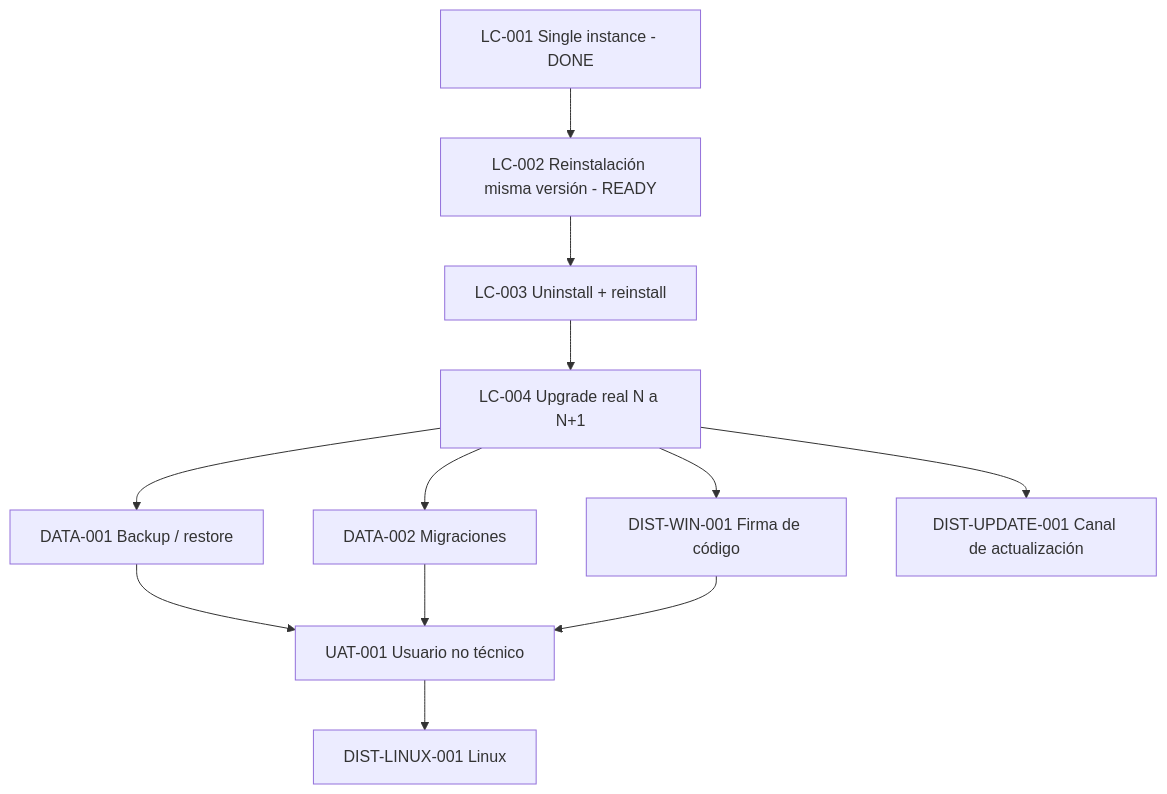
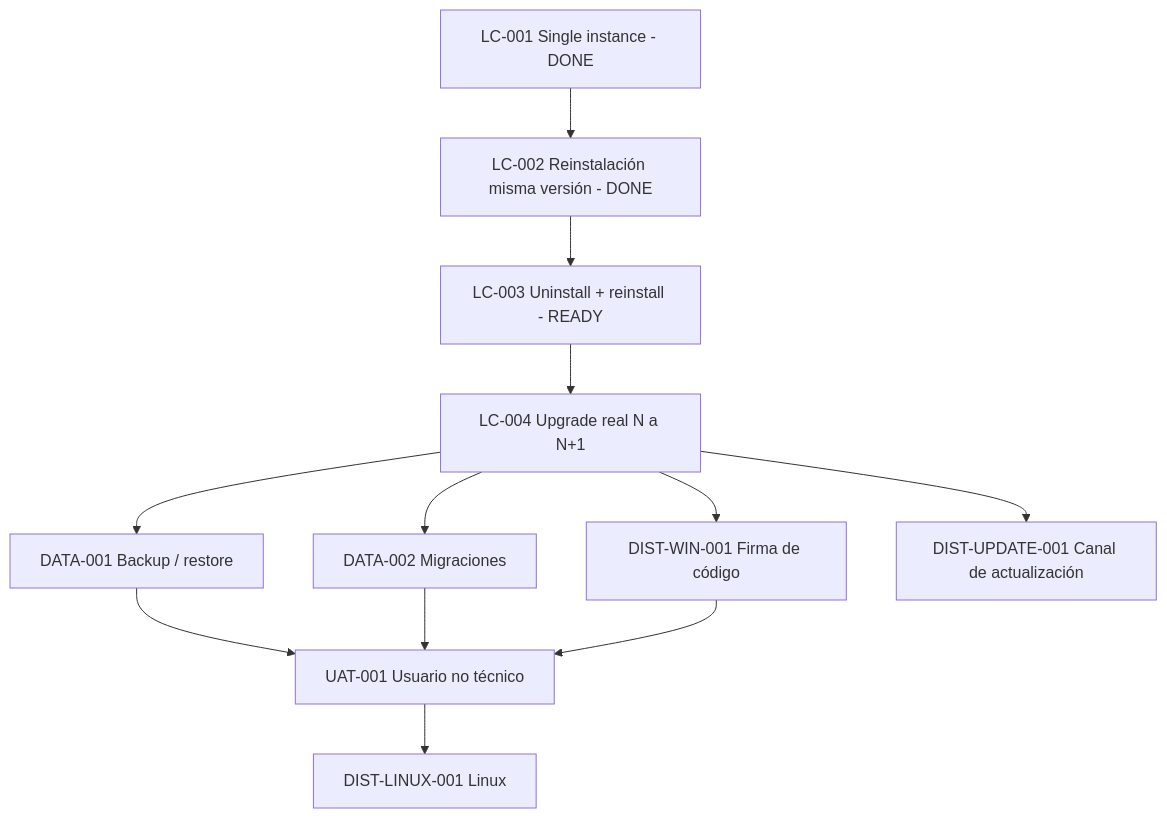
One commit to cmartinezs/personal-tax-ledger changed the diagram in docs/backlog/desktop-lifecycle-and-distribution.md. Above: the diagram before and after it, drawn with Mermaid. The commit also changed other lines of this file, not shown here.

````diff
--- a/docs/backlog/desktop-lifecycle-and-distribution.md
+++ b/docs/backlog/desktop-lifecycle-and-distribution.md
@@ -319,14 +339,14 @@
 ```mermaid
 flowchart TD
-    A["LC-001 Single instance - DONE"] --> B["LC-002 Reinstalación misma versión - READY"]
-    B --> C["LC-003 Uninstall + reinstall"]
+    A["LC-001 Single instance - DONE"] --> B["LC-002 Reinstalación misma versión - DONE"]
+    B --> C["LC-003 Uninstall + reinstall - READY"]
     C --> D["LC-004 Upgrade real N a N+1"]
     D --> E["DATA-001 Backup / restore"]
     D --> F["DATA-002 Migraciones"]
     D --> G["DIST-WIN-001 Firma de código"]
     E --> H["UAT-001 Usuario no técnico"]
     F --> H
     G --> H
     H --> I["DIST-LINUX-001 Linux"]
     D --> J["DIST-UPDATE-001 Canal de actualización"]
 ```
````
